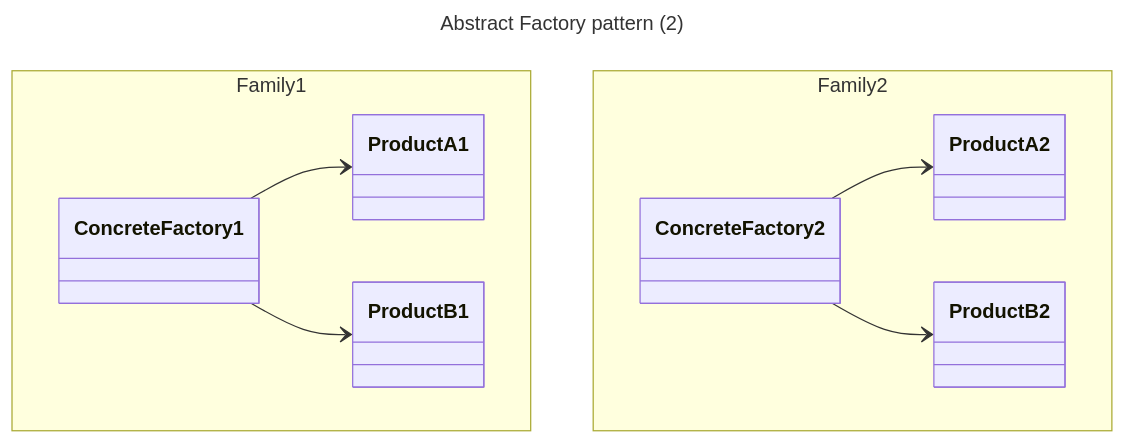
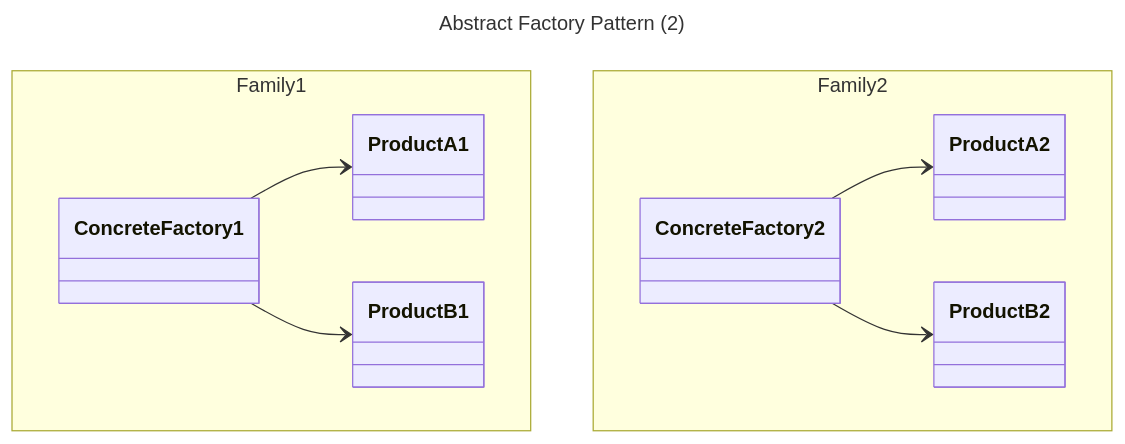
The second of 4 diagrams in pages/software-engineering/design/ood/design-patterns/abstract-factory.md (lamhq/tech-notes), drawn with Mermaid before and after one commit. The commit also changed other lines of this file and 9 other files, not shown here.

````diff
--- a/pages/software-engineering/design/ood/design-patterns/abstract-factory.md
+++ b/pages/software-engineering/design/ood/design-patterns/abstract-factory.md
@@ -59,20 +59,20 @@
 ```mermaid
 ---
-title: Abstract Factory pattern (2)
+title: Abstract Factory Pattern (2)
 ---
 classDiagram
   namespace Family1 {
     class ConcreteFactory1
     class ProductA1
     class ProductB1
   }
   namespace Family2 {
     class ConcreteFactory2
     class ProductA2
     class ProductB2
   }
   ConcreteFactory1 --> ProductA1
   ConcreteFactory1 --> ProductB1
   ConcreteFactory2 --> ProductA2
   ConcreteFactory2 --> ProductB2
 ```
````
